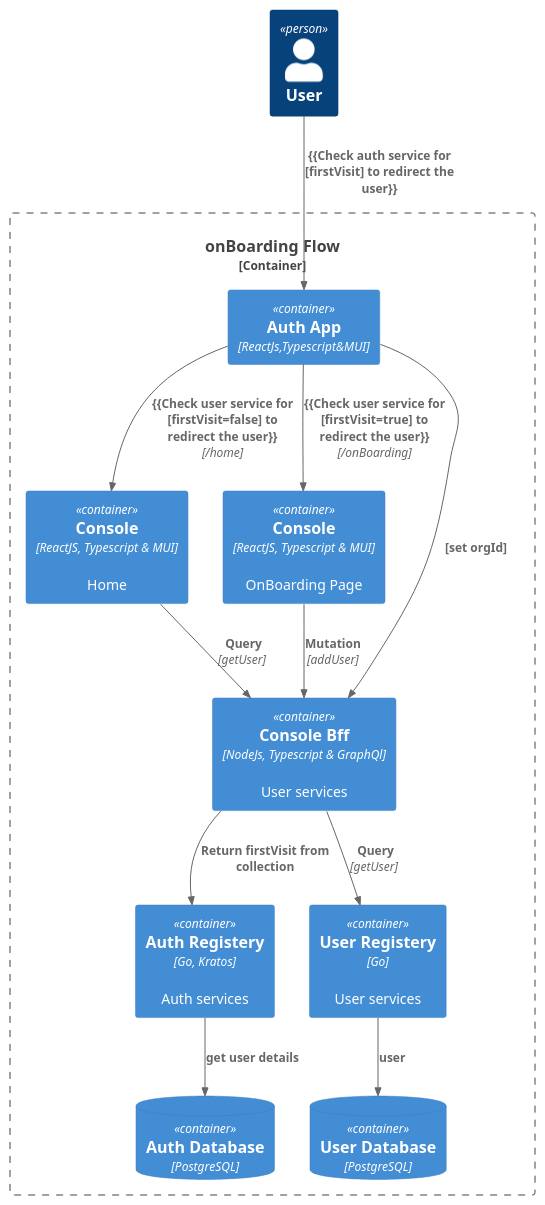
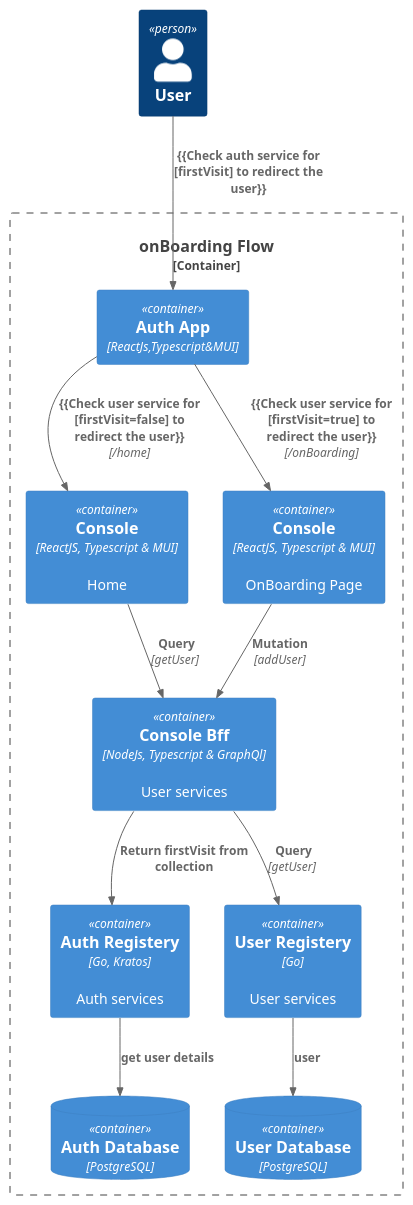
Before and after one commit to ukama/ukama: the diagram in interfaces/console/docs/Onboarding/OnBoarding.puml, drawn with PlantUML.

Commit message:
c4 diagram updated

```diff
--- a/interfaces/console/docs/Onboarding/OnBoarding.puml
+++ b/interfaces/console/docs/Onboarding/OnBoarding.puml
@@ -1,25 +1,24 @@
 @startuml C4_Elements
 !include https://raw.githubusercontent.com/plantuml-stdlib/C4-PlantUML/master/C4_Container.puml
 
 Person(personAlias, "User")
 Container_Boundary(c1, "onBoarding Flow") {
 Container(consoleAlias, "Console", "ReactJS, Typescript & MUI", "Home")
 Container(ukamaAuthAlias,"Auth App","ReactJs,Typescript&MUI")
 ContainerDb(KratosDataBaseAlias, "Auth Database","PostgreSQL")
 ContainerDb(DataBaseAlias, "User Database","PostgreSQL")
 Container(consoleOnBoardingAlias, "Console", "ReactJS, Typescript & MUI", "OnBoarding Page")
 Container(bffAlias, "Console Bff", "NodeJs, Typescript & GraphQl", "User services")
 Container(AuthAlias, "Auth Registery", "Go, Kratos", "Auth services")
 Container(cloudAlias, "User Registery", "Go", "User services")
 Rel(personAlias, ukamaAuthAlias, "{{Check auth service for  [firstVisit] to redirect the user}}")
-Rel(ukamaAuthAlias, bffAlias, "[set orgId]")
 Rel(bffAlias, AuthAlias,"Return firstVisit from collection")
 Rel(ukamaAuthAlias, consoleOnBoardingAlias, "{{Check user service for  [firstVisit=true] to redirect the user}}", "/onBoarding")
 Rel( ukamaAuthAlias, consoleAlias, "{{Check user service for  [firstVisit=false] to redirect the user}}", "/home")
 Rel( AuthAlias, KratosDataBaseAlias, "get user details")
 Rel( consoleOnBoardingAlias, bffAlias, "Mutation","addUser")
 Rel( consoleAlias, bffAlias, " Query","getUser")
 Rel( bffAlias , cloudAlias, " Query","getUser")
 Rel(cloudAlias,DataBaseAlias,"user")
 }
 @enduml
```
